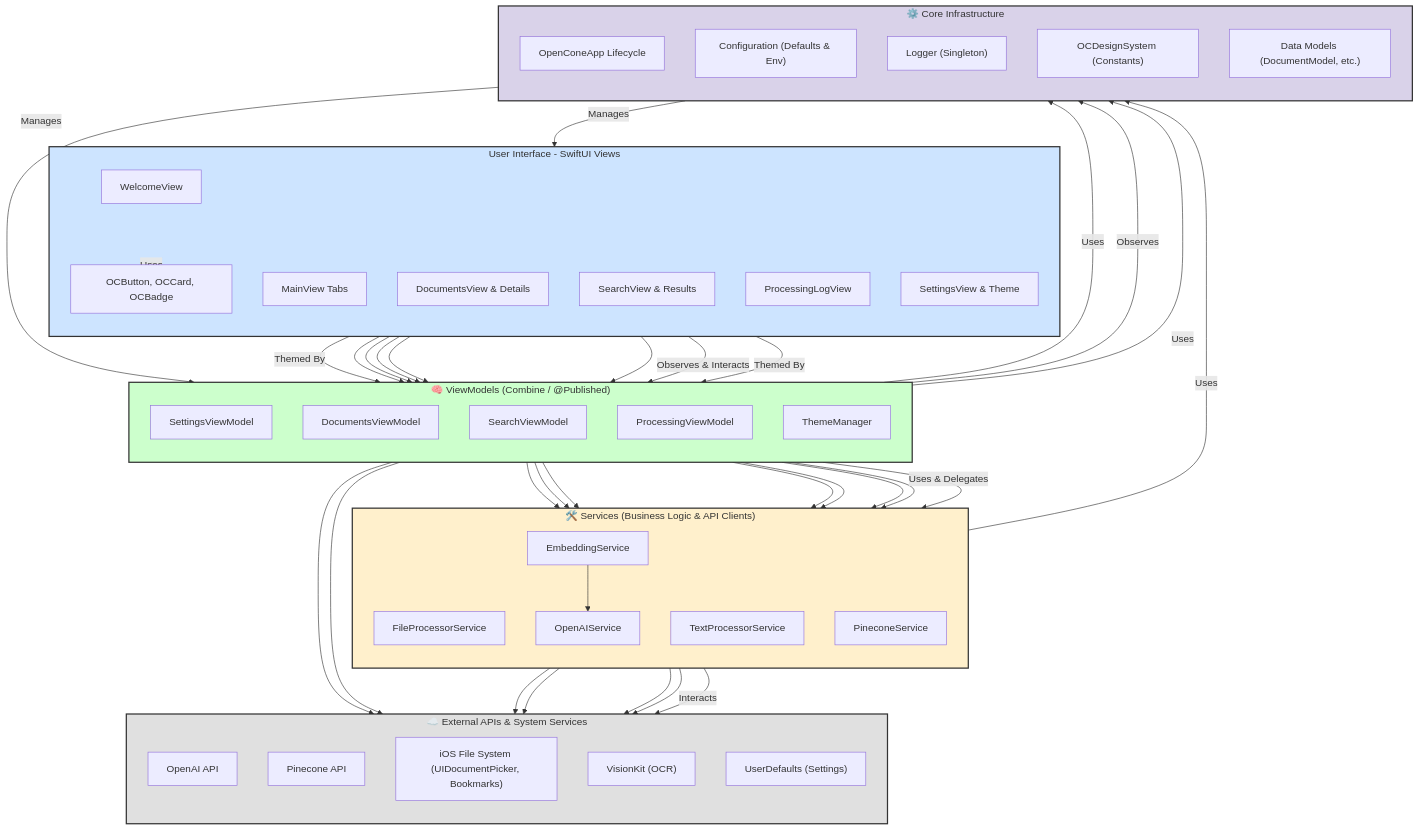
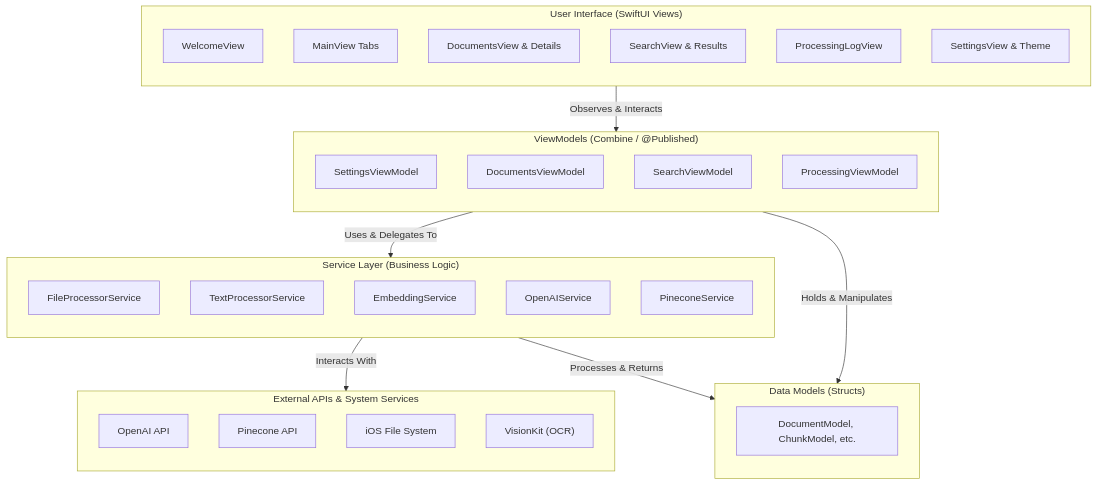
One commit to Gunnarguy/OpenCone changed the diagram in README.md. Above: the diagram before and after it, drawn with Mermaid. The commit also changed other lines of this file, not shown here.

````diff
--- a/README.md
+++ b/README.md
@@ -107,6 +57,6 @@
 ```mermaid
 graph TD
-    subgraph UserInterface ["User Interface - SwiftUI Views"]
+    subgraph UserInterface ["User Interface (SwiftUI Views)"]
         direction TB
         WelcomeView_UI[WelcomeView]
         MainView_UI[MainView Tabs]
@@ -114,19 +64,17 @@
         SearchView_UI[SearchView & Results]
         ProcessingLogView_UI[ProcessingLogView]
         SettingsView_UI[SettingsView & Theme]
-        DesignSystem_Components["OCButton, OCCard, OCBadge"]
     end
 
-    subgraph ViewModels_Layer ["🧠 ViewModels (Combine / @Published)"]
+    subgraph ViewModels_Layer ["ViewModels (Combine / @Published)"]
         direction TB
         SettingsViewModel_VM[SettingsViewModel]
         DocumentsViewModel_VM[DocumentsViewModel]
         SearchViewModel_VM[SearchViewModel]
         ProcessingViewModel_VM[ProcessingViewModel]
-        ThemeManager_Core[ThemeManager]
     end
 
-    subgraph Services_Layer ["🛠️ Services (Business Logic & API Clients)"]
+    subgraph Services_Layer ["Service Layer (Business Logic)"]
         direction TB
         FileProcessorService_Svc[FileProcessorService]
         TextProcessorService_Svc[TextProcessorService]
@@ -135,70 +83,23 @@
         PineconeService_Svc[PineconeService]
     end
 
-    subgraph Core_Infrastructure ["⚙️ Core Infrastructure"]
+    subgraph Models_Layer ["Data Models (Structs)"]
         direction TB
-        OpenConeApp_App[OpenConeApp Lifecycle]
-        Configuration_Core["Configuration (Defaults & Env)"]
-        Logger_Core["Logger (Singleton)"]
-        OCDesignSystem_Core["OCDesignSystem (Constants)"]
-        Models_Data["Data Models (DocumentModel, etc.)"]
+        Models_Data["DocumentModel, ChunkModel, etc."]
     end
 
-    subgraph External_Dependencies ["☁️ External APIs & System Services"]
+    subgraph External_Dependencies ["External APIs & System Services"]
         direction TB
         OpenAI_API_Ext["OpenAI API"]
         Pinecone_API_Ext["Pinecone API"]
-        iOS_FileSystem_Ext["iOS File System (UIDocumentPicker, Bookmarks)"]
+        iOS_FileSystem_Ext["iOS File System"]
         VisionKit_Ext["VisionKit (OCR)"]
-        UserDefaults_Ext["UserDefaults (Settings)"]
     end
 
     %% Connections
-    UserInterface -- Observes & Interacts --> ViewModels_Layer
-    ViewModels_Layer -- Uses & Delegates --> Services_Layer
-    Services_Layer -- Interacts --> External_Dependencies
-    ViewModels_Layer -- Uses --> Core_Infrastructure
-    Services_Layer -- Uses --> Core_Infrastructure
-    UserInterface -- Themed By --> ThemeManager_Core
-    ThemeManager_Core -- Uses --> OCDesignSystem_Core
-    UserInterface -- Uses --> DesignSystem_Components
-    DesignSystem_Components -- Themed By --> ThemeManager_Core
-    OpenConeApp_App -- Manages --> UserInterface
-    OpenConeApp_App -- Manages --> ViewModels_Layer
-
-    %% More specific connections for clarity
-    WelcomeView_UI --> SettingsViewModel_VM
-    DocumentsView_UI --> DocumentsViewModel_VM
-    SearchView_UI --> SearchViewModel_VM
-    ProcessingLogView_UI --> ProcessingViewModel_VM
-    SettingsView_UI --> SettingsViewModel_VM
-    ThemeManager_Core --> UserDefaults_Ext
-
-    DocumentsViewModel_VM --> FileProcessorService_Svc
-    DocumentsViewModel_VM --> TextProcessorService_Svc
-    DocumentsViewModel_VM --> EmbeddingService_Svc
-    DocumentsViewModel_VM --> PineconeService_Svc
-    SearchViewModel_VM --> EmbeddingService_Svc
-    SearchViewModel_VM --> PineconeService_Svc
-    SearchViewModel_VM --> OpenAIService_Svc
-    ProcessingViewModel_VM -- Observes --> Logger_Core
-
-    EmbeddingService_Svc --> OpenAIService_Svc
-    OpenAIService_Svc --> OpenAI_API_Ext
-    PineconeService_Svc --> Pinecone_API_Ext
-    FileProcessorService_Svc --> iOS_FileSystem_Ext
-    FileProcessorService_Svc --> VisionKit_Ext
-    SettingsViewModel_VM --> UserDefaults_Ext
-
-    classDef ui fill:#cde4ff,stroke:#333,stroke-width:2px,color:#333
-    classDef vm fill:#ccffcc,stroke:#333,stroke-width:2px,color:#333
-    classDef svc fill:#fff0cc,stroke:#333,stroke-width:2px,color:#333
-    classDef core fill:#d9d2e9,stroke:#333,stroke-width:2px,color:#333
-    classDef ext fill:#e0e0e0,stroke:#333,stroke-width:2px,color:#333
-
-    class UserInterface ui
-    class ViewModels_Layer vm
-    class Services_Layer svc
-    class Core_Infrastructure core
-    class External_Dependencies ext
+    UserInterface -- "Observes & Interacts" --> ViewModels_Layer
+    ViewModels_Layer -- "Uses & Delegates To" --> Services_Layer
+    ViewModels_Layer -- "Holds & Manipulates" --> Models_Layer
+    Services_Layer -- "Interacts With" --> External_Dependencies
+    Services_Layer -- "Processes & Returns" --> Models_Layer
 ```
````
